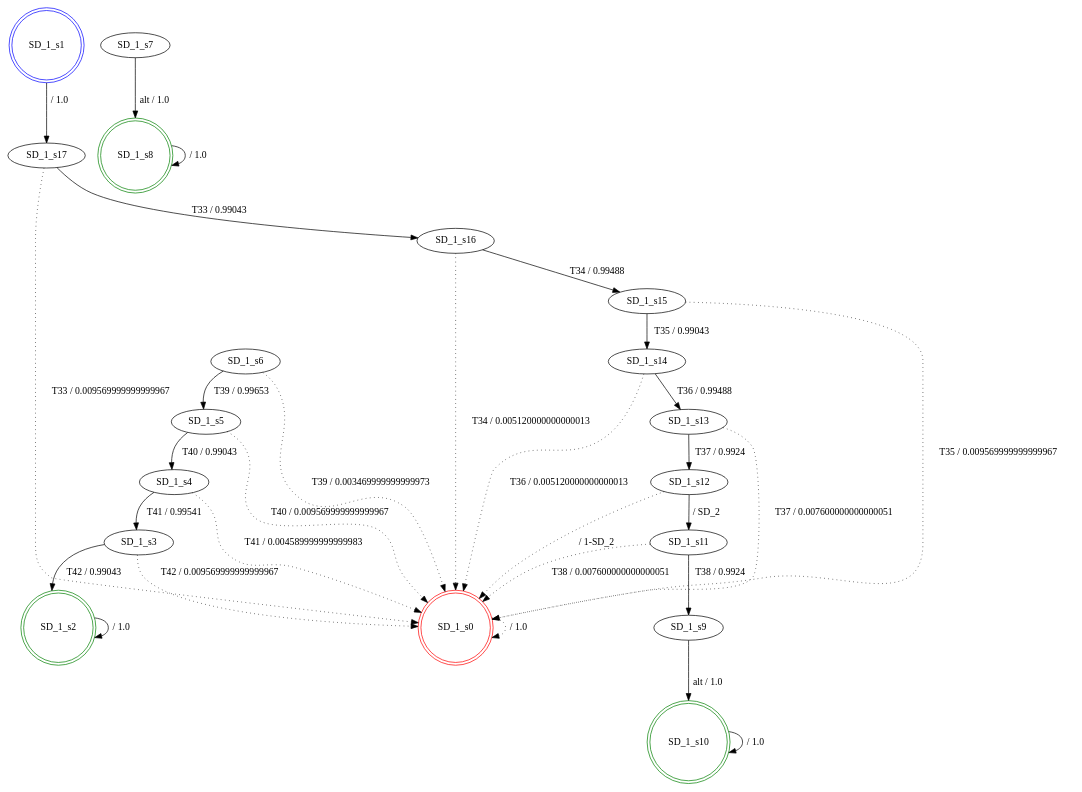
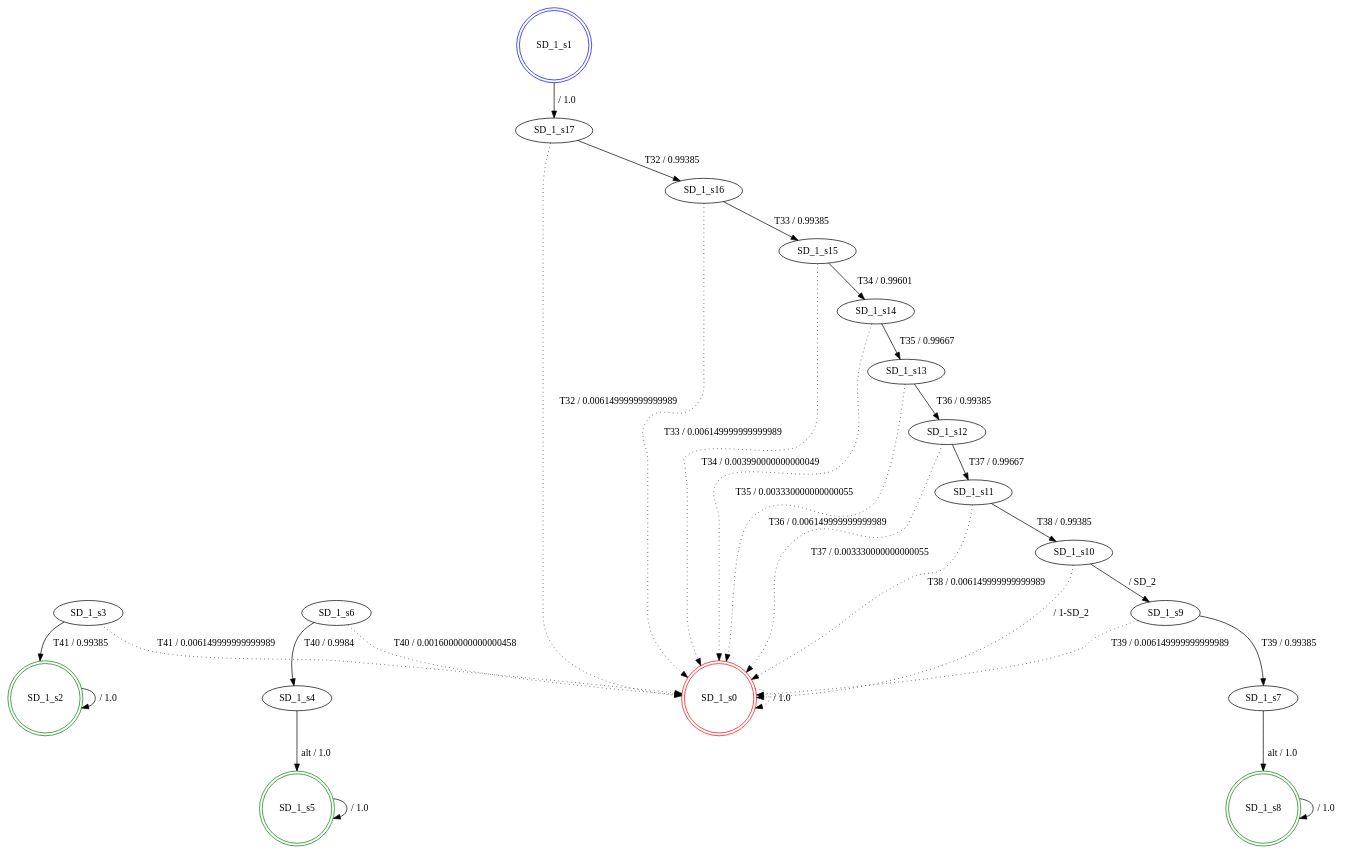
Before and after one commit to SPLMC/spl-generator: the diagram in src/results_joao/fdtmc_SD_1.dot, drawn with Graphviz. The commit also changed 34 other files, not shown here.

```diff
--- a/src/results_joao/fdtmc_SD_1.dot
+++ b/src/results_joao/fdtmc_SD_1.dot
@@ -1,49 +1,49 @@
 digraph graphname {
 SD_1_s0 [label="SD_1_s0",color=red,shape=doublecircle ];
 SD_1_s1 [label="SD_1_s1",color=blue,shape=doublecircle ];
 SD_1_s2 [label="SD_1_s2",color=green,shape=doublecircle ];
 SD_1_s3 [label="SD_1_s3" ];
 SD_1_s4 [label="SD_1_s4" ];
-SD_1_s5 [label="SD_1_s5" ];
+SD_1_s5 [label="SD_1_s5",color=green,shape=doublecircle ];
 SD_1_s6 [label="SD_1_s6" ];
 SD_1_s7 [label="SD_1_s7" ];
 SD_1_s8 [label="SD_1_s8",color=green,shape=doublecircle ];
 SD_1_s9 [label="SD_1_s9" ];
-SD_1_s10 [label="SD_1_s10",color=green,shape=doublecircle ];
+SD_1_s10 [label="SD_1_s10" ];
 SD_1_s11 [label="SD_1_s11" ];
 SD_1_s12 [label="SD_1_s12" ];
 SD_1_s13 [label="SD_1_s13" ];
 SD_1_s14 [label="SD_1_s14" ];
 SD_1_s15 [label="SD_1_s15" ];
 SD_1_s16 [label="SD_1_s16" ];
 SD_1_s17 [label="SD_1_s17" ];
 SD_1_s0 -> SD_1_s0 [label=" / 1.0", style=dotted];
 SD_1_s1 -> SD_1_s17 [label=" / 1.0"];
 SD_1_s2 -> SD_1_s2 [label=" / 1.0"];
-SD_1_s3 -> SD_1_s2 [label="T42 / 0.99043"];
-SD_1_s3 -> SD_1_s0 [label="T42 / 0.009569999999999967", style=dotted];
-SD_1_s4 -> SD_1_s3 [label="T41 / 0.99541"];
-SD_1_s4 -> SD_1_s0 [label="T41 / 0.004589999999999983", style=dotted];
-SD_1_s5 -> SD_1_s4 [label="T40 / 0.99043"];
-SD_1_s5 -> SD_1_s0 [label="T40 / 0.009569999999999967", style=dotted];
-SD_1_s6 -> SD_1_s5 [label="T39 / 0.99653"];
-SD_1_s6 -> SD_1_s0 [label="T39 / 0.003469999999999973", style=dotted];
+SD_1_s3 -> SD_1_s2 [label="T41 / 0.99385"];
+SD_1_s3 -> SD_1_s0 [label="T41 / 0.006149999999999989", style=dotted];
+SD_1_s4 -> SD_1_s5 [label="alt / 1.0"];
+SD_1_s5 -> SD_1_s5 [label=" / 1.0"];
+SD_1_s6 -> SD_1_s4 [label="T40 / 0.9984"];
+SD_1_s6 -> SD_1_s0 [label="T40 / 0.0016000000000000458", style=dotted];
 SD_1_s7 -> SD_1_s8 [label="alt / 1.0"];
 SD_1_s8 -> SD_1_s8 [label=" / 1.0"];
-SD_1_s9 -> SD_1_s10 [label="alt / 1.0"];
-SD_1_s10 -> SD_1_s10 [label=" / 1.0"];
-SD_1_s11 -> SD_1_s9 [label="T38 / 0.9924"];
-SD_1_s11 -> SD_1_s0 [label="T38 / 0.007600000000000051", style=dotted];
-SD_1_s12 -> SD_1_s11 [label=" / SD_2"];
-SD_1_s12 -> SD_1_s0 [label=" / 1-SD_2", style=dotted];
-SD_1_s13 -> SD_1_s12 [label="T37 / 0.9924"];
-SD_1_s13 -> SD_1_s0 [label="T37 / 0.007600000000000051", style=dotted];
-SD_1_s14 -> SD_1_s13 [label="T36 / 0.99488"];
-SD_1_s14 -> SD_1_s0 [label="T36 / 0.005120000000000013", style=dotted];
-SD_1_s15 -> SD_1_s14 [label="T35 / 0.99043"];
-SD_1_s15 -> SD_1_s0 [label="T35 / 0.009569999999999967", style=dotted];
-SD_1_s16 -> SD_1_s15 [label="T34 / 0.99488"];
-SD_1_s16 -> SD_1_s0 [label="T34 / 0.005120000000000013", style=dotted];
-SD_1_s17 -> SD_1_s16 [label="T33 / 0.99043"];
-SD_1_s17 -> SD_1_s0 [label="T33 / 0.009569999999999967", style=dotted];
+SD_1_s9 -> SD_1_s7 [label="T39 / 0.99385"];
+SD_1_s9 -> SD_1_s0 [label="T39 / 0.006149999999999989", style=dotted];
+SD_1_s10 -> SD_1_s9 [label=" / SD_2"];
+SD_1_s10 -> SD_1_s0 [label=" / 1-SD_2", style=dotted];
+SD_1_s11 -> SD_1_s10 [label="T38 / 0.99385"];
+SD_1_s11 -> SD_1_s0 [label="T38 / 0.006149999999999989", style=dotted];
+SD_1_s12 -> SD_1_s11 [label="T37 / 0.99667"];
+SD_1_s12 -> SD_1_s0 [label="T37 / 0.003330000000000055", style=dotted];
+SD_1_s13 -> SD_1_s12 [label="T36 / 0.99385"];
+SD_1_s13 -> SD_1_s0 [label="T36 / 0.006149999999999989", style=dotted];
+SD_1_s14 -> SD_1_s13 [label="T35 / 0.99667"];
+SD_1_s14 -> SD_1_s0 [label="T35 / 0.003330000000000055", style=dotted];
+SD_1_s15 -> SD_1_s14 [label="T34 / 0.99601"];
+SD_1_s15 -> SD_1_s0 [label="T34 / 0.003990000000000049", style=dotted];
+SD_1_s16 -> SD_1_s15 [label="T33 / 0.99385"];
+SD_1_s16 -> SD_1_s0 [label="T33 / 0.006149999999999989", style=dotted];
+SD_1_s17 -> SD_1_s16 [label="T32 / 0.99385"];
+SD_1_s17 -> SD_1_s0 [label="T32 / 0.006149999999999989", style=dotted];
 }
```
